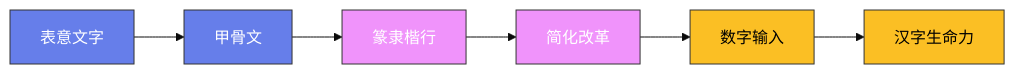
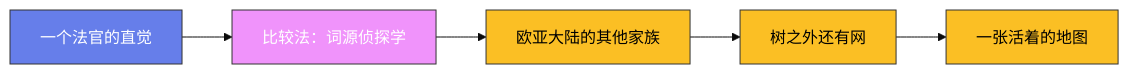
Before and after one commit to Fengur/Fengur.github.io: the diagram in content/posts/ModelCreate/语言学/03-世界语系.md, drawn with Mermaid (base theme). The commit also changed other lines of this file and 505 other files, not shown here.

First line of the commit message:
content(blog): ModelCreate 全站质量修复——front matter 补全、占位图修复、事实错误修正、注水文重写

````diff
--- a/content/posts/ModelCreate/语言学/03-世界语系.md
+++ b/content/posts/ModelCreate/语言学/03-世界语系.md
@@ -37,16 +40,21 @@
 ```mermaid
 graph LR
-    A["表意文字"] --> B["甲骨文"]
-    B --> C["篆隶楷行"]
-    C --> D["简化改革"]
-    D --> E["数字输入"]
-    E --> F["汉字生命力"]
+    A["一个法官的直觉"]
+    B["比较法：词源侦探学"]
+    C["欧亚大陆的其他家族"]
+    D["树之外还有网"]
+    E["一张活着的地图"]
+
+    A --> B
+    B --> C
+    C --> D
+    D --> E
 
     classDef early fill:#667eea,stroke:#333,color:white
     classDef mid fill:#f093fb,stroke:#333,color:white
     classDef modern fill:#fbbf24,stroke:#333,color:black
 
-    class A,B early
-    class C,D mid
-    class E,F modern
+    class A early
+    class B mid
+    class C,D,E modern
 ```
````
